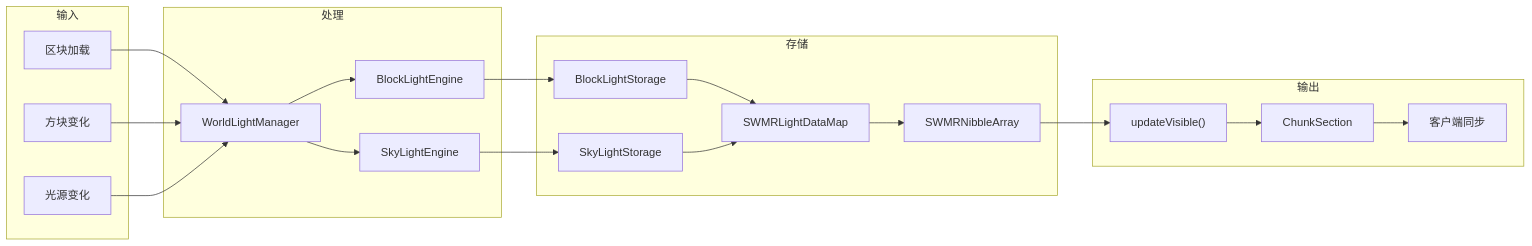
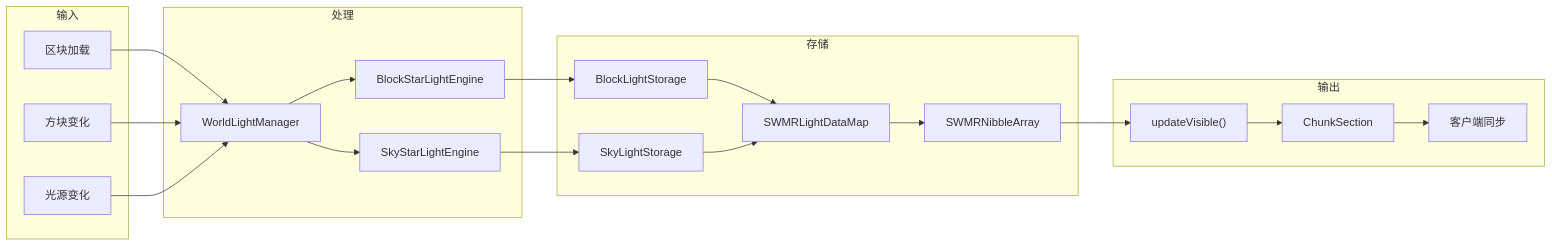
The second of 2 diagrams in src/common/world/lighting/storage/README.md (g122622/Cubium), drawn with Mermaid before and after one commit. The commit also changed other lines of this file and 29 other files, not shown here.

````diff
--- a/src/common/world/lighting/storage/README.md
+++ b/src/common/world/lighting/storage/README.md
@@ -309,45 +310,45 @@
 ```mermaid
 flowchart LR
     subgraph Input["输入"]
         ChunkLoad["区块加载"]
         BlockChange["方块变化"]
         LightSource["光源变化"]
     end
 
     subgraph Processing["处理"]
         WorldLightManager["WorldLightManager"]
-        BlockLightEngine["BlockLightEngine"]
-        SkyLightEngine["SkyLightEngine"]
+        BlockStarLightEngine["BlockStarLightEngine"]
+        SkyStarLightEngine["SkyStarLightEngine"]
     end
 
     subgraph Storage["存储"]
         BlockLightStorage["BlockLightStorage"]
         SkyLightStorage["SkyLightStorage"]
         SWMRLightDataMap["SWMRLightDataMap"]
         SWMRNibbleArray["SWMRNibbleArray"]
     end
 
     subgraph Output["输出"]
         UpdateVisible["updateVisible()"]
         ChunkSection["ChunkSection"]
         ClientSync["客户端同步"]
     end
 
     ChunkLoad --> WorldLightManager
     BlockChange --> WorldLightManager
     LightSource --> WorldLightManager
 
-    WorldLightManager --> BlockLightEngine
-    WorldLightManager --> SkyLightEngine
+    WorldLightManager --> BlockStarLightEngine
+    WorldLightManager --> SkyStarLightEngine
 
-    BlockLightEngine --> BlockLightStorage
-    SkyLightEngine --> SkyLightStorage
+    BlockStarLightEngine --> BlockLightStorage
+    SkyStarLightEngine --> SkyLightStorage
 
     BlockLightStorage --> SWMRLightDataMap
     SkyLightStorage --> SWMRLightDataMap
     SWMRLightDataMap --> SWMRNibbleArray
 
     SWMRNibbleArray --> UpdateVisible
     UpdateVisible --> ChunkSection
     ChunkSection --> ClientSync
 ```
````
